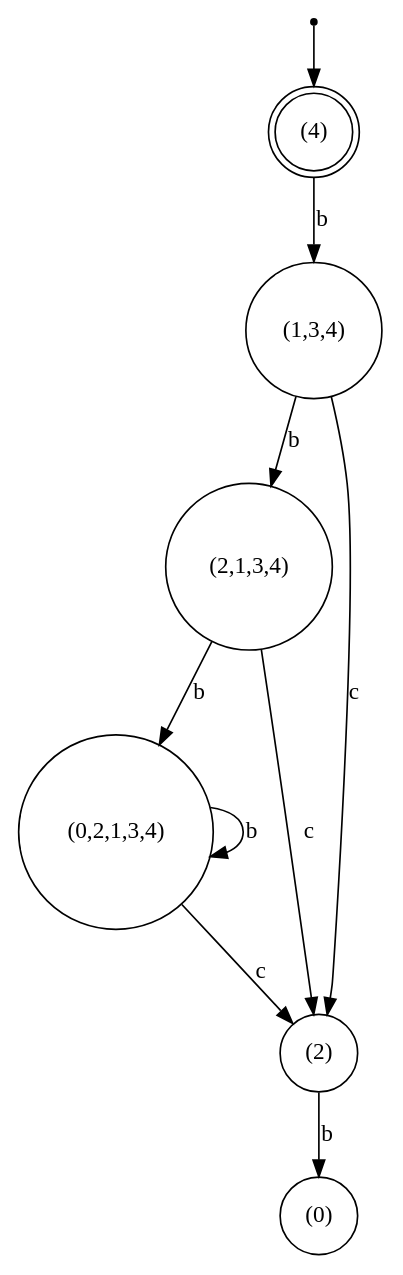
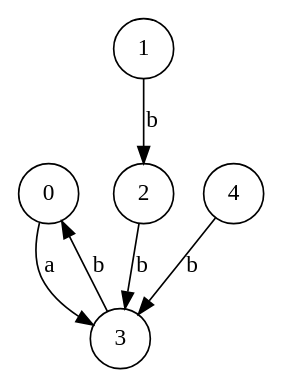
The diagram in dotsource.dot (Reithger/Finite-State-Machine-Model), drawn with Graphviz before and after one commit. The commit also changed 8 other files, not shown here.

Commit message:
UStructure is all hooked up, just gotta test it back to initial working conditions and then figure out the more advanced issue originally plaguing it

```diff
--- a/dotsource.dot
+++ b/dotsource.dot
@@ -1,18 +1,12 @@
 digraph G {
-"n0"[label="(0)"shape=circle color="black"];
-"n1"[label="(2,1,3,4)"shape=circle color="black"];
-"n2"[label="(0,2,1,3,4)"shape=circle color="black"];
-"n3"[label="(1,3,4)"shape=circle color="black"];
-"n4"[label="(4)"shape=doublecircle color="black"];
-"ArbitraryUnusedNameNoWorriesJustGrooving5"[fontSize=1 shape=point];
-"n5"[label="(2)"shape=circle color="black"];
-{"ArbitraryUnusedNameNoWorriesJustGrooving5"}->{"n4"};
+"n0"[label="0"shape=circle color="black"];
+"n1"[label="1"shape=circle color="black"];
+"n2"[label="2"shape=circle color="black"];
+"n3"[label="3"shape=circle color="black"];
+"n4"[label="4"shape=circle color="black"];
+{"n0"}->{"n3"}[label = "a" color="black" arrowhead="normal"];
 {"n1"}->{"n2"}[label = "b" color="black" arrowhead="normal"];
-{"n1"}->{"n5"}[label = "c" color="black" arrowhead="normal"];
-{"n2"}->{"n2"}[label = "b" color="black" arrowhead="normal"];
-{"n2"}->{"n5"}[label = "c" color="black" arrowhead="normal"];
-{"n3"}->{"n1"}[label = "b" color="black" arrowhead="normal"];
-{"n3"}->{"n5"}[label = "c" color="black" arrowhead="normal"];
+{"n2"}->{"n3"}[label = "b" color="black" arrowhead="normal"];
+{"n3"}->{"n0"}[label = "b" color="black" arrowhead="normal"];
 {"n4"}->{"n3"}[label = "b" color="black" arrowhead="normal"];
-{"n5"}->{"n0"}[label = "b" color="black" arrowhead="normal"];
 }
```
